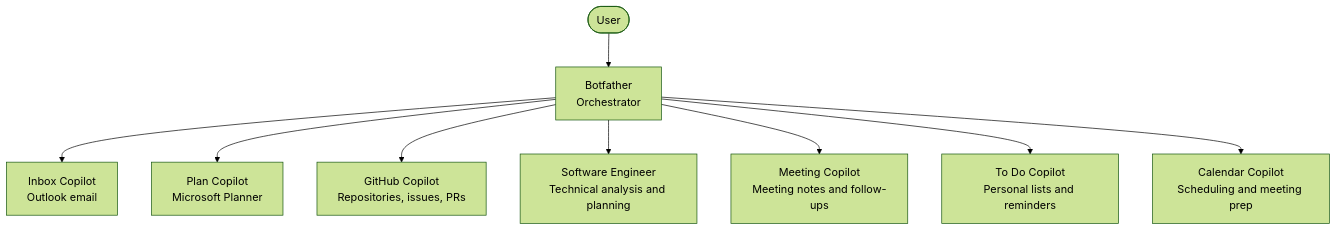
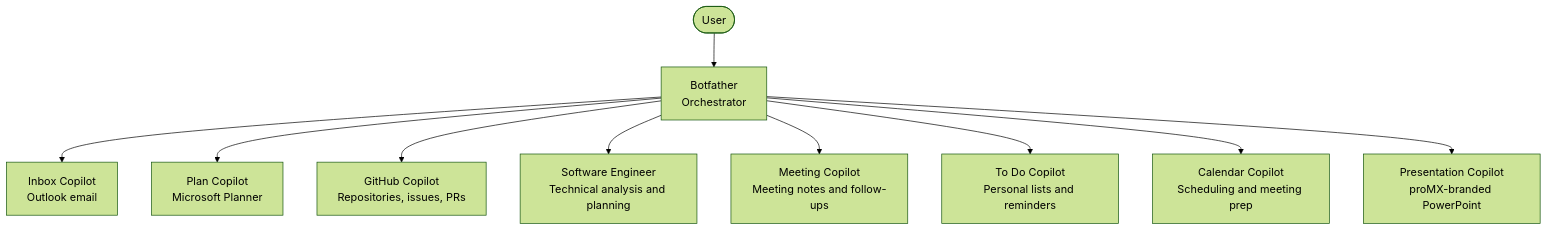
The diagram in README.md (leonardo-russo-promx/copilot-studio-productivity-agents), drawn with Mermaid (forest theme) before and after one commit. The commit also changed other lines of this file and 8 other files, not shown here.

Commit message:
feat: add branded PowerPoint agent

````diff
--- a/README.md
+++ b/README.md
@@ -9,11 +9,12 @@
 ```mermaid
 flowchart TD
 	User([User]) --> Botfather[Botfather<br/>Orchestrator]
 	Botfather --> Outlook[Inbox Copilot<br/>Outlook email]
 	Botfather --> Planner[Plan Copilot<br/>Microsoft Planner]
 	Botfather --> GitHub[GitHub Copilot<br/>Repositories, issues, PRs]
 	Botfather --> Engineer[Software Engineer<br/>Technical analysis and planning]
 	Botfather --> Meeting[Meeting Copilot<br/>Meeting notes and follow-ups]
 	Botfather --> Todo[To Do Copilot<br/>Personal lists and reminders]
 	Botfather --> Calendar[Calendar Copilot<br/>Scheduling and meeting prep]
+	Botfather --> PowerPoint[Presentation Copilot<br/>proMX-branded PowerPoint]
 ```
````
